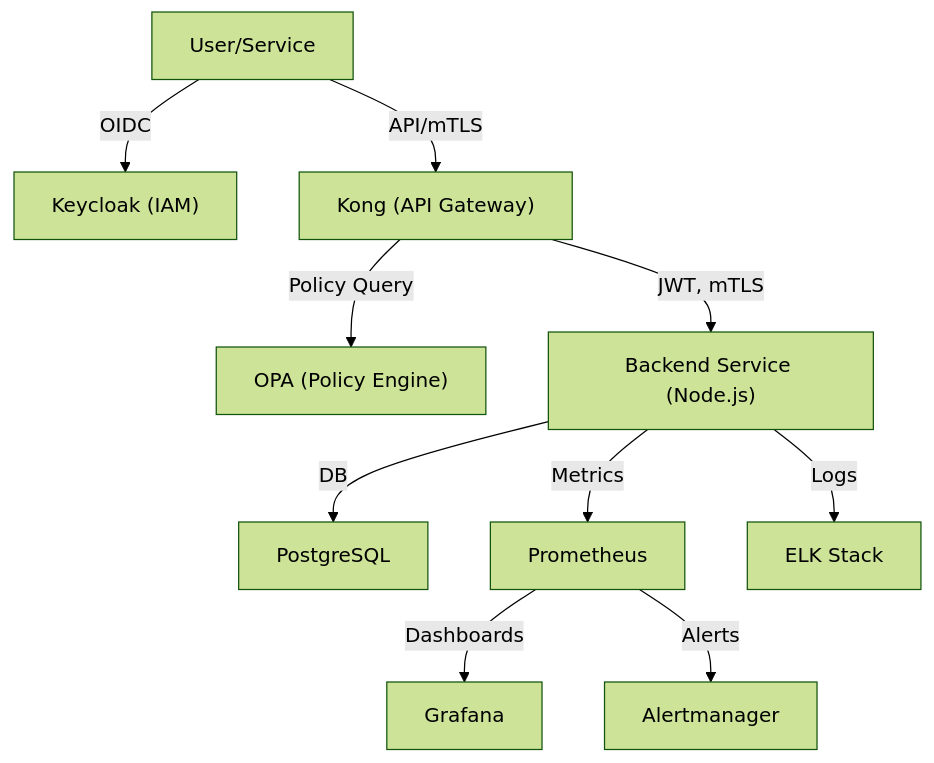
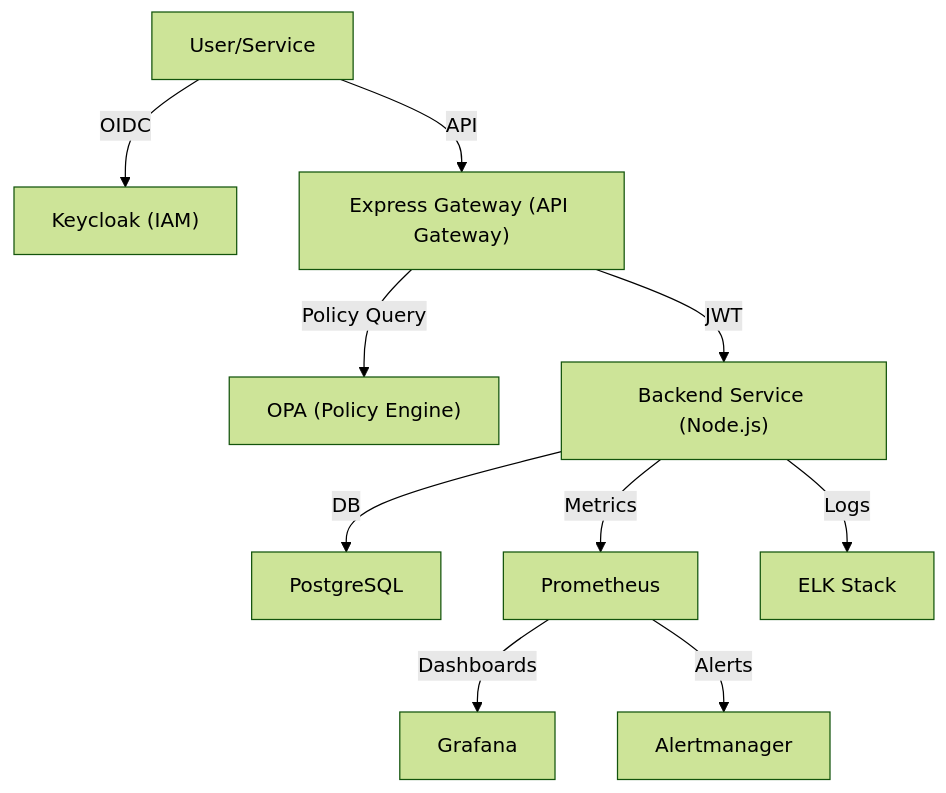
The diagram in CODEBASE_OVERVIEW.md (Rifushigi/zta-poc), drawn with Mermaid (forest theme) before and after one commit. The commit also changed other lines of this file, not shown here.

Commit message:
docs: update CODEBASE_OVERVIEW.md to reflect the transition from Kong to Express Gateway, enhancing descriptions of components and their integrations

````diff
--- a/CODEBASE_OVERVIEW.md
+++ b/CODEBASE_OVERVIEW.md
@@ -56,23 +61,23 @@
 ```mermaid
 graph TD
     User["User/Service"]
     Keycloak["Keycloak (IAM)"]
-    Kong["Kong (API Gateway)"]
+    ExpressGateway["Express Gateway (API Gateway)"]
     OPA["OPA (Policy Engine)"]
     Backend["Backend Service (Node.js)"]
     DB["PostgreSQL"]
     Prometheus["Prometheus"]
     Grafana["Grafana"]
     ELK["ELK Stack"]
     Alertmanager["Alertmanager"]
 
     User-->|OIDC|Keycloak
-    User-->|API/mTLS|Kong
-    Kong-->|JWT, mTLS|Backend
-    Kong-->|Policy Query|OPA
+    User-->|API|ExpressGateway
+    ExpressGateway-->|JWT|Backend
+    ExpressGateway-->|Policy Query|OPA
     Backend-->|DB|DB
     Backend-->|Metrics|Prometheus
     Backend-->|Logs|ELK
     Prometheus-->|Dashboards|Grafana
     Prometheus-->|Alerts|Alertmanager
 ```
````
